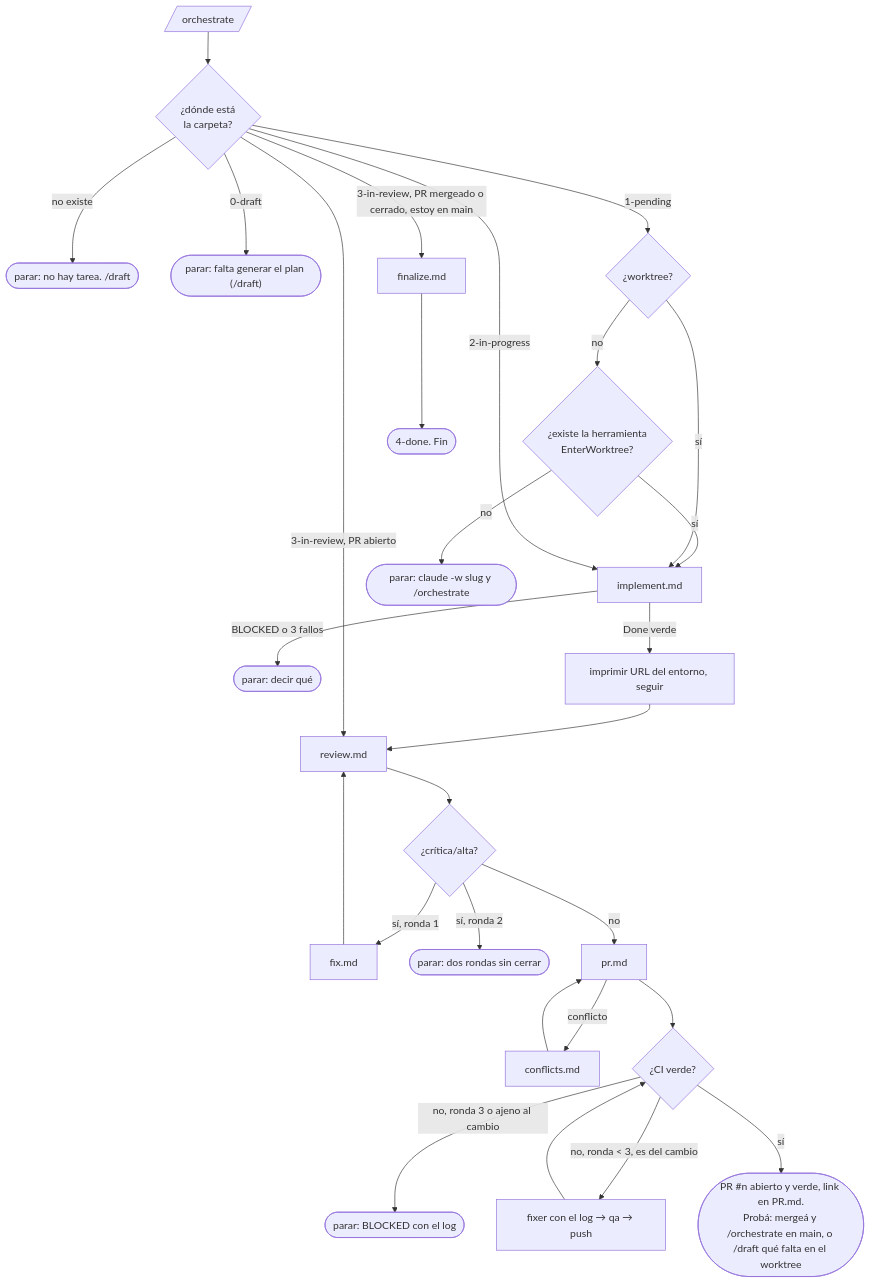
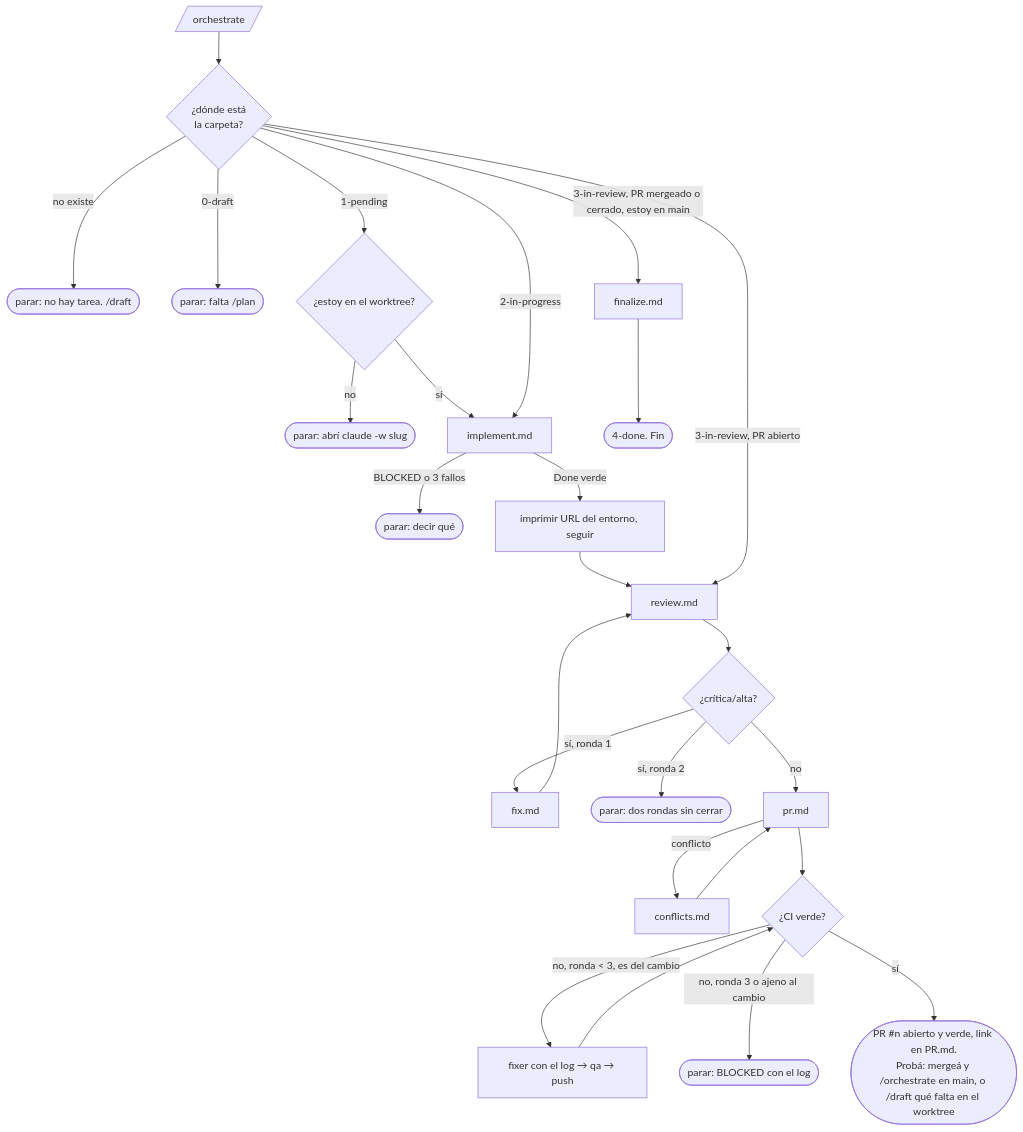
Before and after one commit to octavio-parozlabs/mindstack: the second of 2 diagrams in skills/workflow/references/orchestrate.md, drawn with Mermaid. The commit also changed other lines of this file and 17 other files, not shown here.

````diff
--- a/skills/workflow/references/orchestrate.md
+++ b/skills/workflow/references/orchestrate.md
@@ -23,26 +20,24 @@
 ```mermaid
 flowchart TD
     IN[/orchestrate/] --> ST{¿dónde está\nla carpeta?}
     ST -- no existe --> FIN0(["parar: no hay tarea. /draft"])
-    ST -- 0-draft --> FIN1(["parar: falta generar el plan (/draft)"])
-    ST -- 1-pending --> WT{¿worktree?}
-    WT -- no --> EW{¿existe la herramienta\nEnterWorktree?}
-    EW -- sí --> IM
-    EW -- no --> FIN2(["parar: claude -w slug y /orchestrate"])
+    ST -- 0-draft --> FIN1(["parar: falta /plan"])
+    ST -- 1-pending --> WT{¿estoy en el worktree?}
+    WT -- no --> FIN2(["parar: abrí claude -w slug"])
     WT -- sí --> IM[implement.md]
     ST -- 2-in-progress --> IM
     IM -- BLOCKED o 3 fallos --> FIN3([parar: decir qué])
     IM -- Done verde --> URL[imprimir URL del entorno, seguir]
     URL --> RV[review.md]
     ST -- 3-in-review, PR mergeado o cerrado, estoy en main --> FZ[finalize.md] --> FIN7(["4-done. Fin"])
     ST -- 3-in-review, PR abierto --> RV
     RV --> H{¿crítica/alta?}
     H -- sí, ronda 1 --> CO[fix.md] --> RV
     H -- sí, ronda 2 --> FIN4([parar: dos rondas sin cerrar])
     H -- no --> PRC[pr.md]
     PRC -- conflicto --> CF[conflicts.md] --> PRC
     PRC --> CI{¿CI verde?}
     CI -- no, ronda < 3, es del cambio --> CIF[fixer con el log → qa → push] --> CI
     CI -- no, ronda 3 o ajeno al cambio --> FIN6([parar: BLOCKED con el log])
     CI -- sí --> FIN5(["PR #n abierto y verde, link en PR.md.\nProbá: mergeá y /orchestrate en main, o /draft qué falta en el worktree"])
 ```
````
